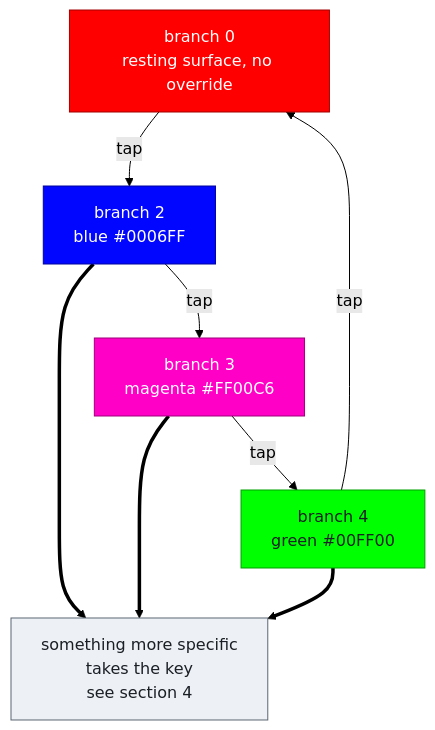
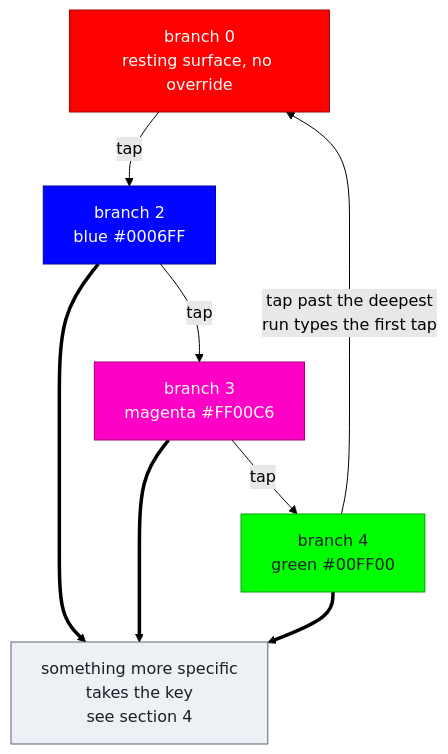
The second of 5 diagrams in docs/rgbflow.md (NoahCLR/charybdis-4x6), drawn with Mermaid (forest theme) before and after one commit. The commit also changed other lines of this file and 17 other files, not shown here.

````diff
--- a/docs/rgbflow.md
+++ b/docs/rgbflow.md
@@ -98,18 +99,18 @@
 ```mermaid
 flowchart TD
     B0["branch 0<br>resting surface, no override"]
     B0 -->|"tap"| B2["branch 2<br>blue #0006FF"]
     B2 -->|"tap"| B3["branch 3<br>magenta #FF00C6"]
     B3 -->|"tap"| B4["branch 4<br>green #00FF00"]
-    B4 -->|"tap"| B0
+    B4 -->|"tap past the deepest<br>run types the first tap"| B0
 
     B2 ==> H["something more specific<br>takes the key<br>see section 4"]
     B3 ==> H
     B4 ==> H
 
     style B0 fill:#FF0000,stroke:#A30000,color:#FFFFFF
     style B2 fill:#0006FF,stroke:#00049E,color:#FFFFFF
     style B3 fill:#FF00C6,stroke:#9E007A,color:#FFFFFF
     style B4 fill:#00FF00,stroke:#009E00,color:#1A1F26
     style H fill:#EDF0F4,stroke:#5A6673,color:#1A1F26
 ```
````
